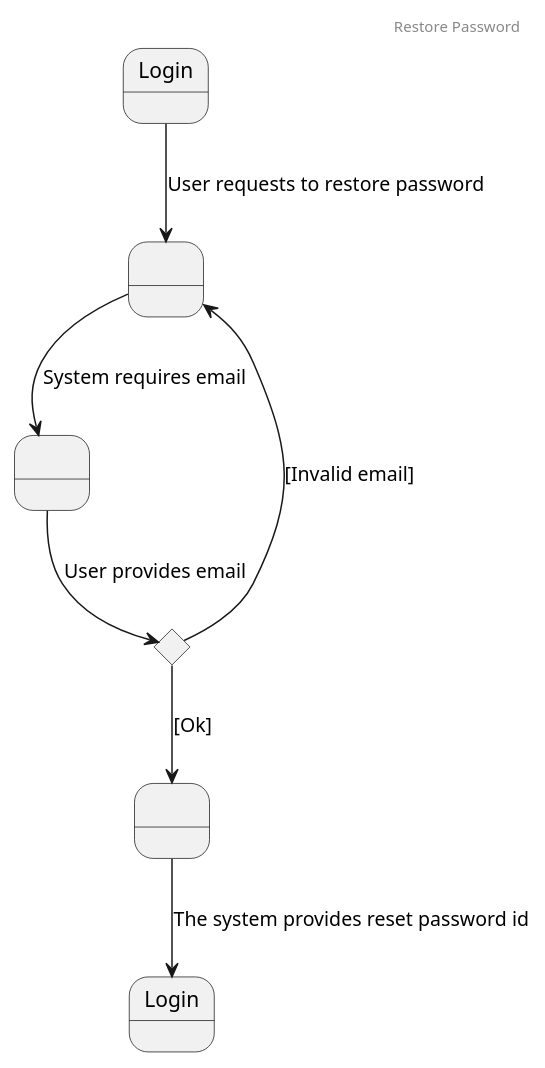
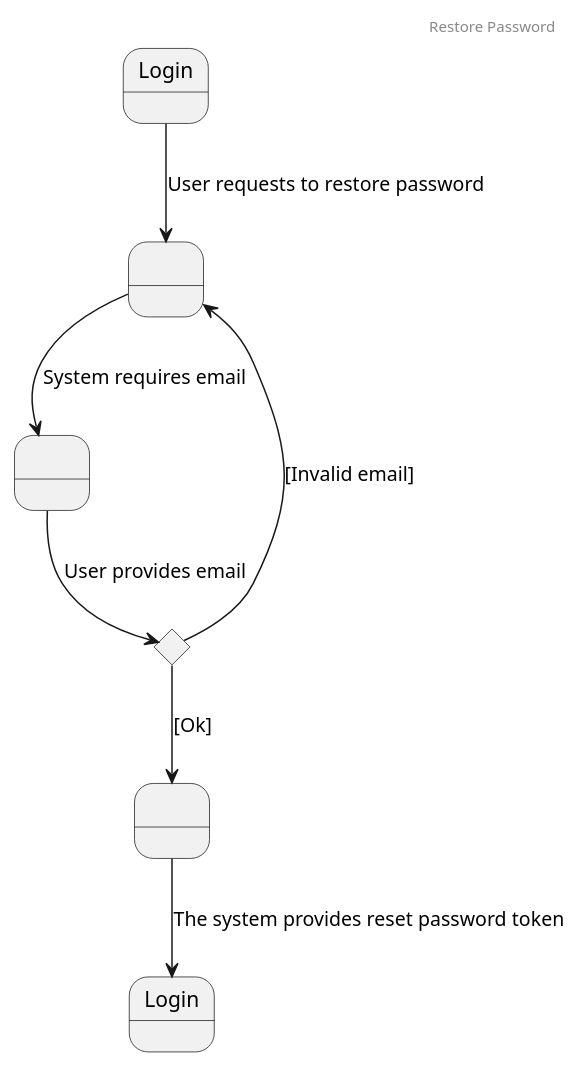
Before and after one commit to rafaelacirino/miw-backend-foro: the diagram in src/main/resources/templates/useCases/especificacionesCasosDeUso/restorePassword.plantuml, drawn with PlantUML. The commit also changed 7 other files, not shown here.

Commit message:
update and add more diagrams

```diff
--- a/src/main/resources/templates/useCases/especificacionesCasosDeUso/restorePassword.plantuml
+++ b/src/main/resources/templates/useCases/especificacionesCasosDeUso/restorePassword.plantuml
@@ -1,20 +1,20 @@
 @startuml
 
 header Restore Password
 
 state " " as s1
 state " " as s2
 state " " as s3
 state "Login" as s4
 state "Decision" as Decision <<choice>>
 
 Login -down-> s1 : User requests to restore password
 s1 -down-> s2 : System requires email
 s2 -down-> Decision : User provides email
 
 Decision -down-> s3 : [Ok]
 Decision -up-> s1 : [Invalid email]
 
-s3 --> s4 : The system provides reset password id
+s3 --> s4 : The system provides reset password token
 
 @enduml
```
